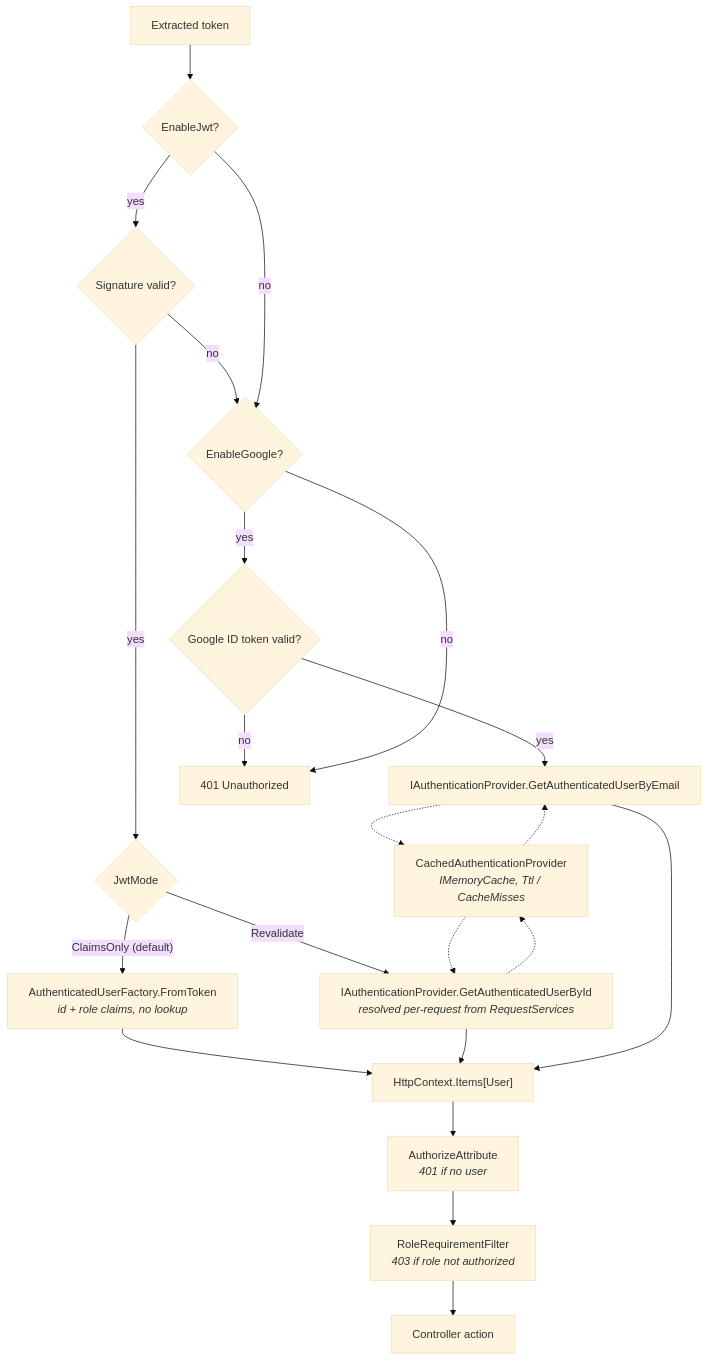
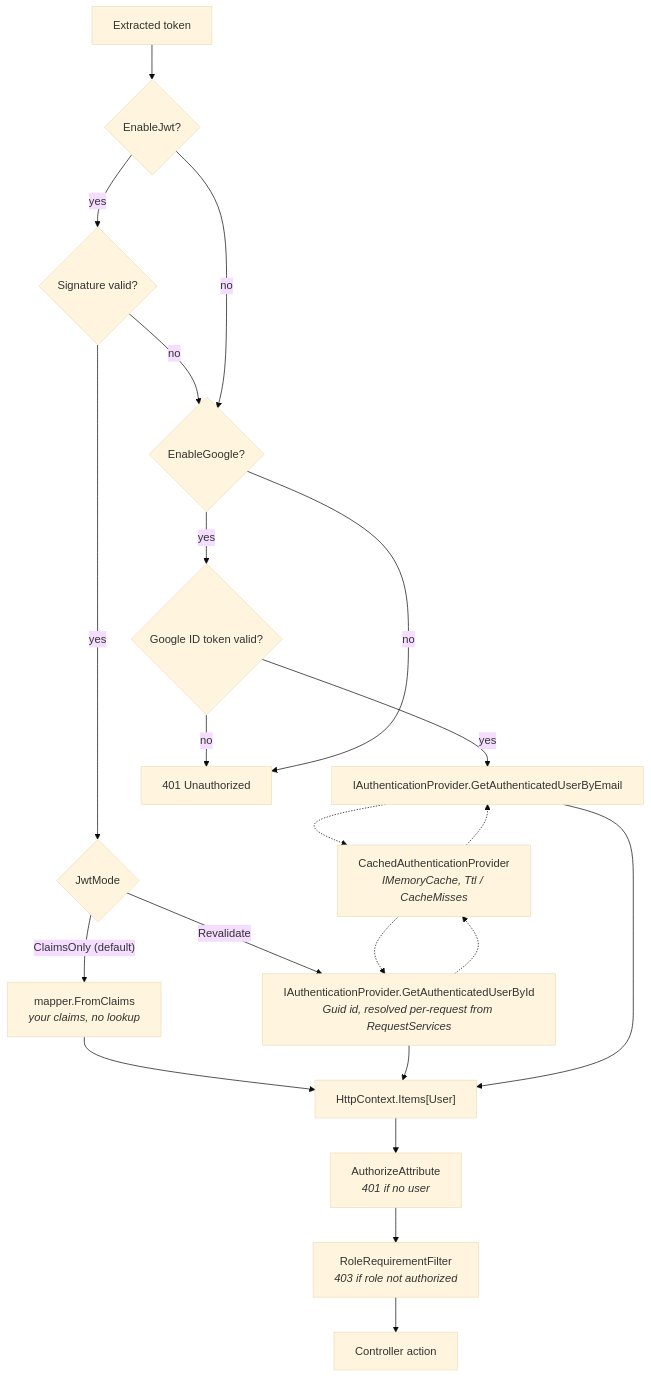
Before and after one commit to artur-rios/dotnet-webapi-util: the second of 3 diagrams in docs/content/architecture.md, drawn with Mermaid (base theme). The commit also changed other lines of this file and 3 other files, not shown here.

````diff
--- a/docs/content/architecture.md
+++ b/docs/content/architecture.md
@@ -54,28 +54,28 @@
 ```mermaid
 flowchart TB
     Token["Extracted token"] --> Jwt{"EnableJwt?"}
     Jwt -- "yes" --> JwtValid{"Signature valid?"}
     JwtValid -- "no" --> Google
     JwtValid -- "yes" --> Mode{"JwtMode"}
-    Mode -- "ClaimsOnly (default)" --> Claims["AuthenticatedUserFactory.FromToken<br/><i>id + role claims, no lookup</i>"]
-    Mode -- "Revalidate" --> ProviderId["IAuthenticationProvider.GetAuthenticatedUserById<br/><i>resolved per-request from RequestServices</i>"]
+    Mode -- "ClaimsOnly (default)" --> Claims["mapper.FromClaims<br/><i>your claims, no lookup</i>"]
+    Mode -- "Revalidate" --> ProviderId["IAuthenticationProvider.GetAuthenticatedUserById<br/><i>Guid id, resolved per-request from RequestServices</i>"]
 
     Jwt -- "no" --> Google{"EnableGoogle?"}
     Google -- "yes" --> GoogleValid{"Google ID token valid?"}
     GoogleValid -- "yes" --> ProviderEmail["IAuthenticationProvider.GetAuthenticatedUserByEmail"]
     GoogleValid -- "no" --> R401["401 Unauthorized"]
     Google -- "no" --> R401
 
     ProviderId -.-> Cached["CachedAuthenticationProvider<br/><i>IMemoryCache, Ttl / CacheMisses</i>"]
     ProviderEmail -.-> Cached
     Cached -.-> ProviderId
     Cached -.-> ProviderEmail
 
     Claims --> Items["HttpContext.Items[User]"]
     ProviderId --> Items
     ProviderEmail --> Items
 
     Items --> Authorize["AuthorizeAttribute<br/><i>401 if no user</i>"]
     Authorize --> RoleReq["RoleRequirementFilter<br/><i>403 if role not authorized</i>"]
     RoleReq --> Endpoint["Controller action"]
 ```
````
